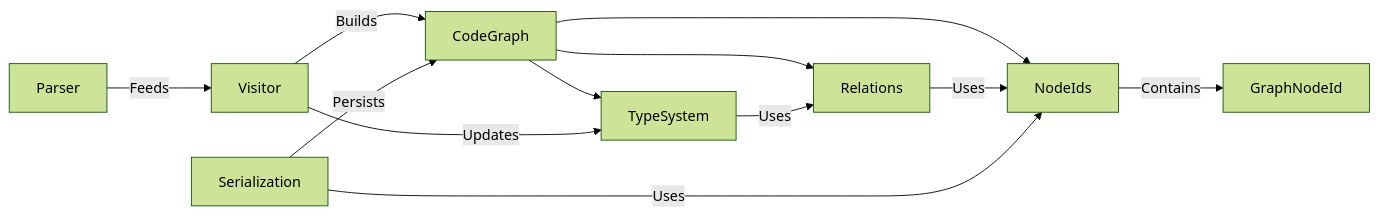
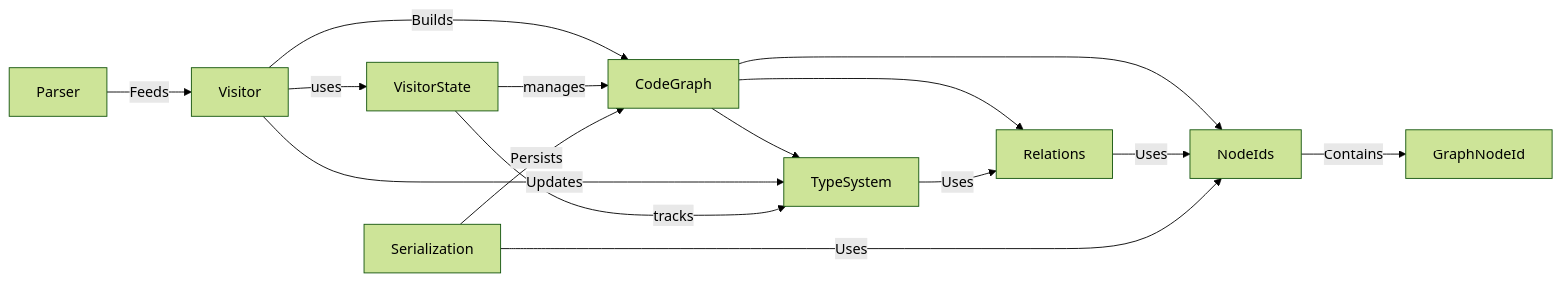
One commit to josephleblanc/syn_parser changed the fourth of 5 diagrams in project_description.md. Above: the diagram before and after it, drawn with Mermaid (forest theme). The commit also changed other lines of this file and 1 other file, not shown here.

Commit message:
docs: Document visitor state and update architecture diagrams

````diff
--- a/project_description.md
+++ b/project_description.md
@@ -517,17 +593,20 @@
 ```mermaid
 flowchart LR
     CodeGraph --> NodeIds
     CodeGraph --> Relations
     CodeGraph --> TypeSystem
     
     NodeIds --> |Contains| GraphNodeId
     Relations --> |Uses| NodeIds
     TypeSystem --> |Uses| Relations
     
     Visitor --> |Builds| CodeGraph
     Visitor --> |Updates| TypeSystem
+    Visitor --> |uses| VisitorState
+    VisitorState --> |manages| CodeGraph
+    VisitorState --> |tracks| TypeSystem
     Parser --> |Feeds| Visitor
     
     Serialization --> |Persists| CodeGraph
     Serialization --> |Uses| NodeIds
 ```
````
